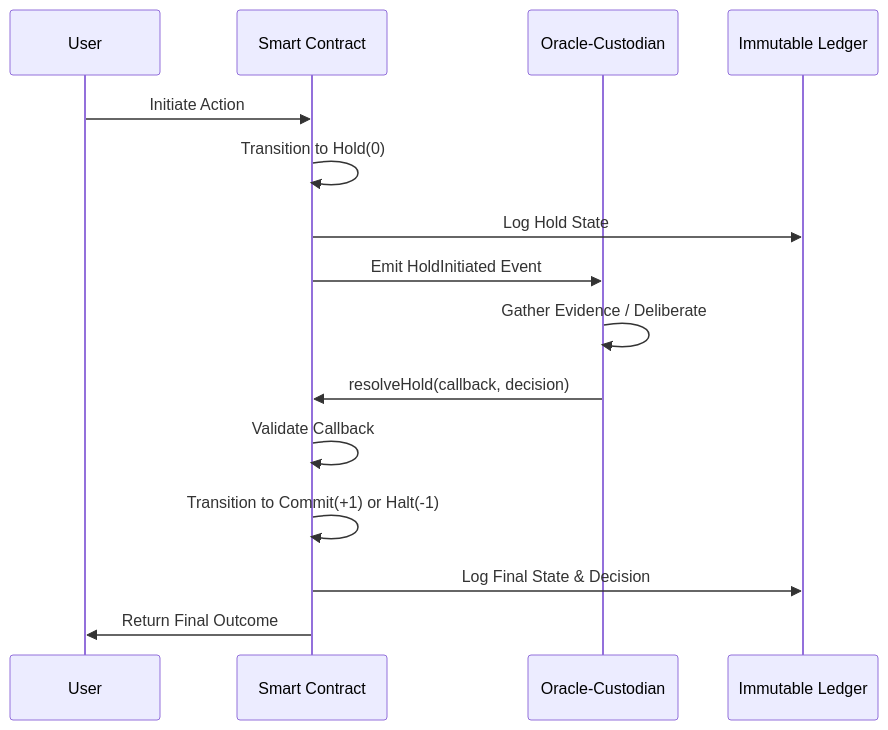
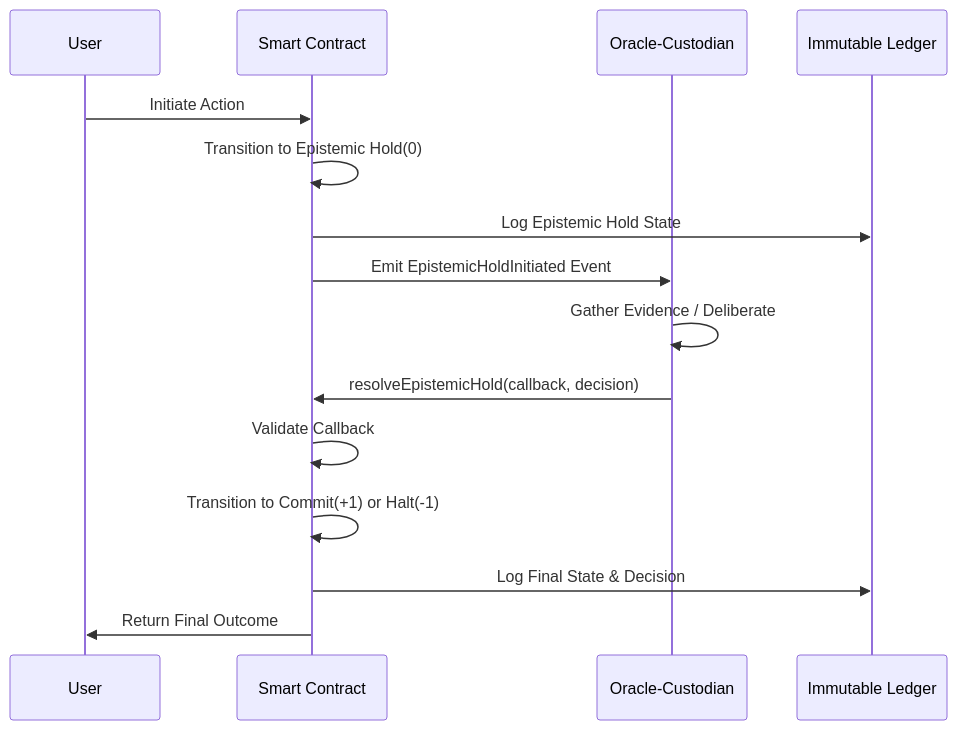
The diagram in Smart_Contracts/Architectural_Blueprint_TL_Contracts.md (FractonicMind/TernaryLogic), drawn with Mermaid before and after one commit. The commit also changed other lines of this file, not shown here.

````diff
--- a/Smart_Contracts/Architectural_Blueprint_TL_Contracts.md
+++ b/Smart_Contracts/Architectural_Blueprint_TL_Contracts.md
@@ -402,28 +408,28 @@
 ```mermaid  
 sequenceDiagram  
 participant U as User  
 participant SC as Smart Contract  
 participant O as Oracle-Custodian  
 participant L as Immutable Ledger
 
 U->>SC: Initiate Action  
 
-SC->>SC: Transition to Hold(0)  
+SC->>SC: Transition to Epistemic Hold(0)  
 
-SC->>L: Log Hold State  
+SC->>L: Log Epistemic Hold State  
 
-SC->>O: Emit HoldInitiated Event  
+SC->>O: Emit EpistemicHoldInitiated Event  
 
 O->>O: Gather Evidence / Deliberate  
 
-O->>SC: resolveHold(callback, decision)  
+O->>SC: resolveEpistemicHold(callback, decision)  
 
 SC->>SC: Validate Callback  
 
 SC->>SC: Transition to Commit(+1) or Halt(-1)  
 
 SC->>L: Log Final State & Decision  
 
 SC->>U: Return Final Outcome  
 
 ```
````
